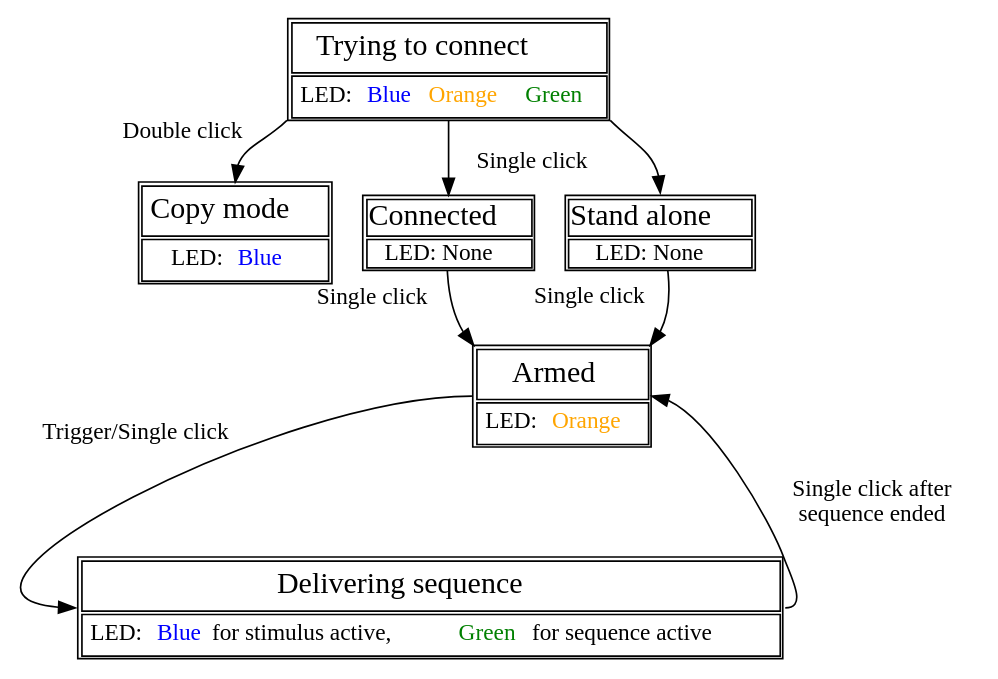
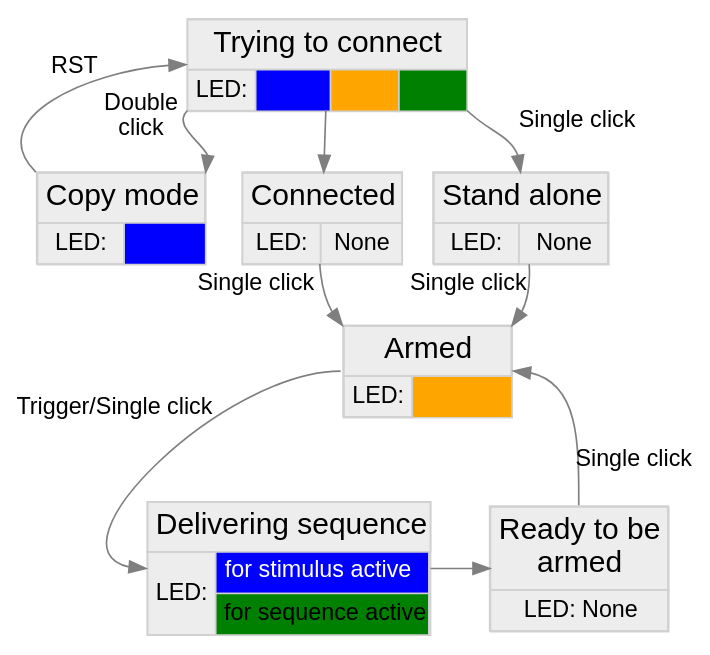
One commit to IBT-FMI/COSplay changed the diagram in documentation/workflow.dot. Above: the diagram before and after it, drawn with Graphviz.

Commit message:
updated dot

```diff
--- a/documentation/workflow.dot
+++ b/documentation/workflow.dot
@@ -1,59 +1,78 @@
 digraph workflow{
 	forcelabels = true;
-	connect [shape=box, margin=0, label = <
-	<TABLE BORDER="0" CELLBORDER="1" CELLPADDING="4">
-		<TR><TD><FONT POINT-SIZE="18">Trying to connect</FONT></TD>
+	node [fontname = "sans", style=filled];
+	edge [fontname = "sans", color=gray50];
+	connect [shape=box, margin=0, color=grey82, fillcolor=grey93, fontname="Arial", label = <
+	<TABLE BORDER="0" CELLBORDER="1" CELLSPACING="0" CELLPADDING="4">
+		<TR><TD COLSPAN="4"><FONT POINT-SIZE="18">Trying to connect</FONT></TD>
 		</TR>
-		<TR><TD>LED: <FONT COLOR="blue">Blue </FONT><FONT COLOR="orange">Orange </FONT><FONT COLOR="green">Green</FONT></TD>
+		<TR><TD>LED:</TD> <TD BGCOLOR="blue"> <FONT COLOR="blue">LED:</FONT></TD> <TD BGCOLOR="orange"><FONT COLOR="orange">LED:</FONT></TD> <TD BGCOLOR="green"><FONT COLOR="green">LED:</FONT></TD>
 		</TR>
 	</TABLE>>];
 
-	copy [shape=box, margin=0, label = <
-	<TABLE BORDER="0" CELLBORDER="1" CELLPADDING="4">
-		<TR><TD><FONT POINT-SIZE="18">Copy mode</FONT></TD>
+	copy [shape=box, margin=0, color=grey82, fillcolor=grey93, fontname="Arial", label = <
+	<TABLE BORDER="0" CELLBORDER="1" CELLSPACING="0" CELLPADDING="4">
+		<TR><TD COLSPAN="2"><FONT POINT-SIZE="18">Copy mode</FONT></TD>
 		</TR>
-		<TR><TD>LED: <FONT COLOR="blue">Blue </FONT></TD>
+		<TR><TD>LED:</TD> <TD BGCOLOR="blue"><FONT COLOR="blue">Blue</FONT></TD>
 		</TR>
 	</TABLE>>];
 
-	standalone [shape=box, margin=0, label = <
-	<TABLE BORDER="0" CELLBORDER="1" CELLPADDING="0">
-		<TR><TD><FONT POINT-SIZE="18">Stand alone</FONT></TD>
+	standalone [shape=box, margin=0, color=grey82, fillcolor=grey93, fontname="Arial", label = <
+	<TABLE BORDER="0" CELLBORDER="1" CELLSPACING="0" CELLPADDING="4">
+		<TR><TD COLSPAN="2"><FONT POINT-SIZE="18">Stand alone</FONT></TD>
+		</TR>
+		<TR><TD>LED:</TD><TD>None</TD>
+		</TR>
+	</TABLE>>];
+
+	connected [shape=box, margin=0, color=grey82, fillcolor=grey93, fontname="Arial", label = <
+	<TABLE BORDER="0" CELLBORDER="1" CELLSPACING="0" CELLPADDING="4">
+		<TR><TD COLSPAN="2"><FONT POINT-SIZE="18">Connected</FONT></TD>
+		</TR>
+		<TR><TD>LED:</TD><TD>None</TD>
+		</TR>
+	</TABLE>>];
+
+	armed [shape=box, margin=0, color=grey82, fillcolor=grey93, fontname="Arial", label = <
+	<TABLE BORDER="0" CELLBORDER="1" CELLSPACING="0" CELLPADDING="4">
+		<TR><TD COLSPAN="2"><FONT POINT-SIZE="18">Armed</FONT></TD>
+		</TR>
+		<TR><TD>LED:</TD> <TD BGCOLOR="orange"> <FONT COLOR="orange">Orange</FONT></TD>
+		</TR>
+	</TABLE>>];
+
+	afterdelivery [shape=box, margin=0, color=grey82, fillcolor=grey93, fontname="Arial", label = <
+	<TABLE BORDER="0" CELLBORDER="1" CELLSPACING="0" CELLPADDING="4">
+		<TR><TD><FONT POINT-SIZE="18">Ready to be<BR/>armed</FONT></TD>
 		</TR>
 		<TR><TD>LED: None</TD>
 		</TR>
 	</TABLE>>];
 
-	connected [shape=box, margin=0, label = <
-	<TABLE BORDER="0" CELLBORDER="1" CELLPADDING="0">
-		<TR><TD><FONT POINT-SIZE="18">Connected</FONT></TD>
+	delivering [shape=box, margin=0, color=grey82, fillcolor=grey93, fontname="Arial", label = <
+	<TABLE BORDER="0" CELLBORDER="1" CELLSPACING="0" CELLPADDING="4">
+		<TR><TD COLSPAN="3"><FONT POINT-SIZE="18">Delivering sequence</FONT></TD>
 		</TR>
-		<TR><TD>LED: None</TD>
+		<TR><TD ROWSPAN="2">LED:</TD> <TD BGCOLOR="blue"><FONT COLOR="white"> for stimulus active</FONT> </TD></TR>
+		<TR><TD BGCOLOR="green">for sequence active</TD>
 		</TR>
 	</TABLE>>];
 
-	armed [shape=box, margin=0, label = <
-	<TABLE BORDER="0" CELLBORDER="1" CELLPADDING="4">
-		<TR><TD><FONT POINT-SIZE="18">Armed</FONT></TD>
-		</TR>
-		<TR><TD>LED: <FONT COLOR="orange">Orange</FONT></TD>
-		</TR>
-	</TABLE>>];
+	#invis[shape=none label=""]
 
-	delivering [shape=box, margin=0, label = <
-	<TABLE BORDER="0" CELLBORDER="1" CELLPADDING="4">
-		<TR><TD><FONT POINT-SIZE="18">Delivering sequence</FONT></TD>
-		</TR>
-		<TR><TD>LED: <FONT COLOR="blue">Blue</FONT> for stimulus active, <FONT COLOR="green">Green</FONT> for sequence active</TD>
-		</TR>
-	</TABLE>>];
+	{rank=same copy standalone connected}
+	{rank=same delivering afterdelivery}
+	#{rank=same invis afterdelivery}
 
-
-	connect:sw -> copy:n [xlabel ="Double click"];
+	connect:sw -> copy:ne [fontname="Arial", xlabel ="Double   \nclick   "];
+	copy:nw -> connect:w [fontname="Arial", xlabel ="RST"];
 	connect -> connected
-	connect:se -> standalone:n [xlabel = "                                          Single click "];
-	standalone -> armed:ne [xlabel = "        Single click"];
-	connected -> armed:nw [xlabel = "Single click  "];
-	armed:w -> delivering:w [xlabel = "Trigger/Single click"];
-	delivering:e -> armed:e [label = "Single click after \n sequence ended"];
+	connect:se -> standalone:n [fontname="Arial", xlabel = "\n    Single click"];
+	standalone -> armed:ne [fontname="Arial", xlabel = "        Single click"];
+	connected -> armed:nw [fontname="Arial", xlabel = "Single click  "];
+	#armed -> invis -> delivering [style=invis]
+	afterdelivery:n -> armed:e [fontname="Arial", label = "Single click"];
+	delivering:e -> afterdelivery:w
+	armed:w -> delivering:w [fontname="Arial", xlabel = "Trigger/Single click"];
 }
```
